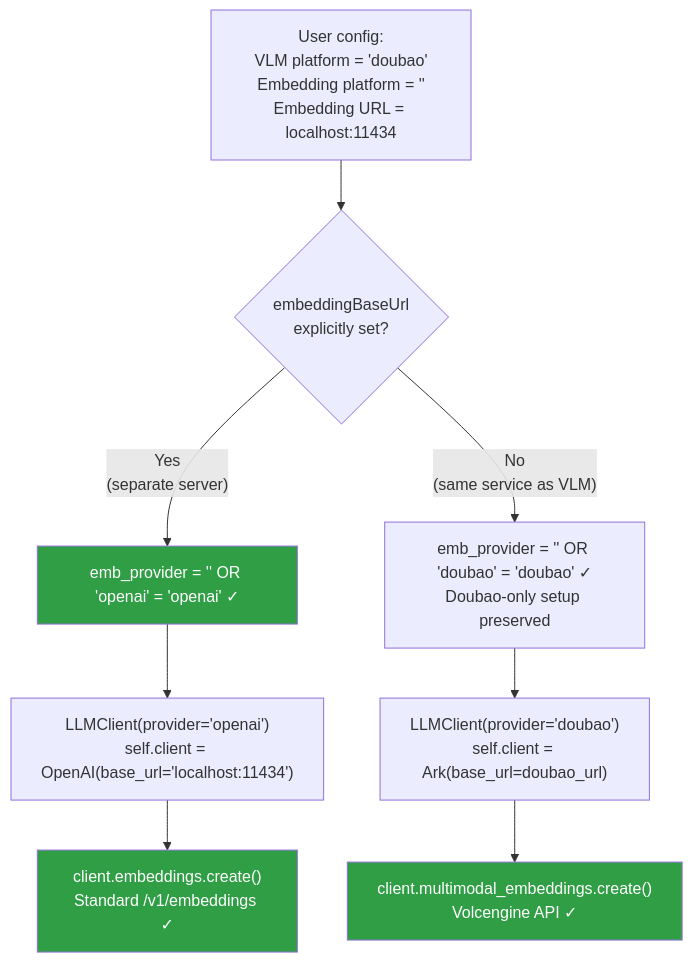
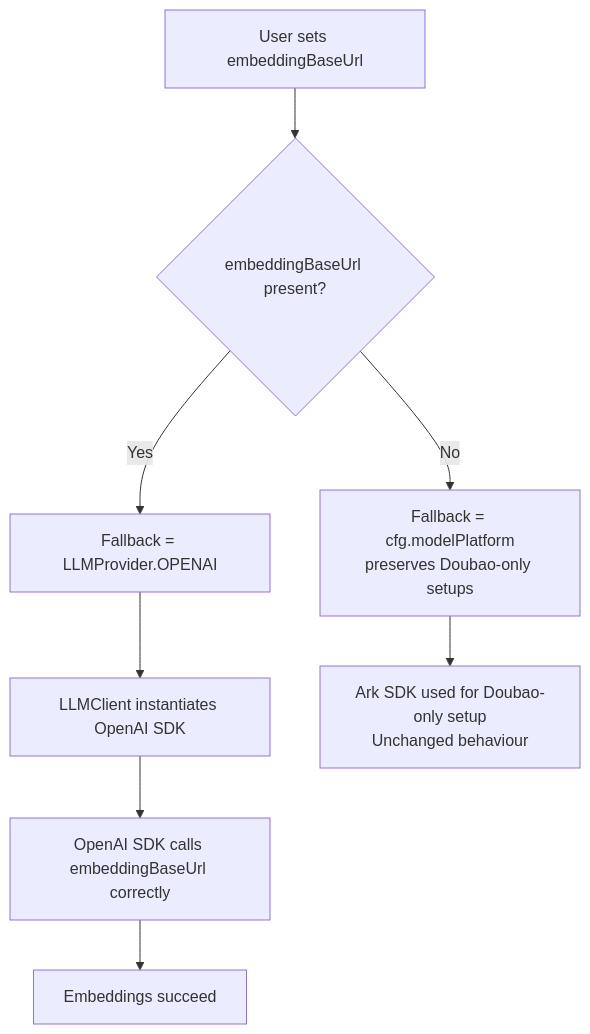
One commit to volcengine/MineContext changed the second of 2 diagrams in EMBEDDING_FIX.md. Above: the diagram before and after it, drawn with Mermaid. The commit also changed other lines of this file, not shown here.

Commit message:
docs: add flowchart documentation for embedding provider fix

````diff
--- a/EMBEDDING_FIX.md
+++ b/EMBEDDING_FIX.md
@@ -167,19 +28,10 @@
 ```mermaid
 flowchart TD
-    A["User config:\nVLM platform = 'doubao'\nEmbedding platform = ''\nEmbedding URL = localhost:11434"] --> B
-
-    B{embeddingBaseUrl\nexplicitly set?}
-
-    B -- "Yes\n(separate server)" --> C["emb_provider = '' OR 'openai' = 'openai' ✓"]
-    B -- "No\n(same service as VLM)" --> D["emb_provider = '' OR 'doubao' = 'doubao' ✓\nDoubao-only setup preserved"]
-
-    C --> E["LLMClient(provider='openai')\nself.client = OpenAI(base_url='localhost:11434')"]
-    D --> F["LLMClient(provider='doubao')\nself.client = Ark(base_url=doubao_url)"]
-
-    E --> G["client.embeddings.create()\nStandard /v1/embeddings ✓"]
-    F --> H["client.multimodal_embeddings.create()\nVolcengine API ✓"]
-
-    style C fill:#2f9e44,color:#fff
-    style G fill:#2f9e44,color:#fff
-    style H fill:#2f9e44,color:#fff
+    A[User sets embeddingBaseUrl] --> B{embeddingBaseUrl present?}
+    B -- Yes --> C[Fallback = LLMProvider.OPENAI]
+    B -- No --> D[Fallback = cfg.modelPlatform\npreserves Doubao-only setups]
+    C --> E[LLMClient instantiates OpenAI SDK]
+    E --> F[OpenAI SDK calls embeddingBaseUrl correctly]
+    F --> G[Embeddings succeed]
+    D --> H[Ark SDK used for Doubao-only setup\nUnchanged behaviour]
 ```
````
